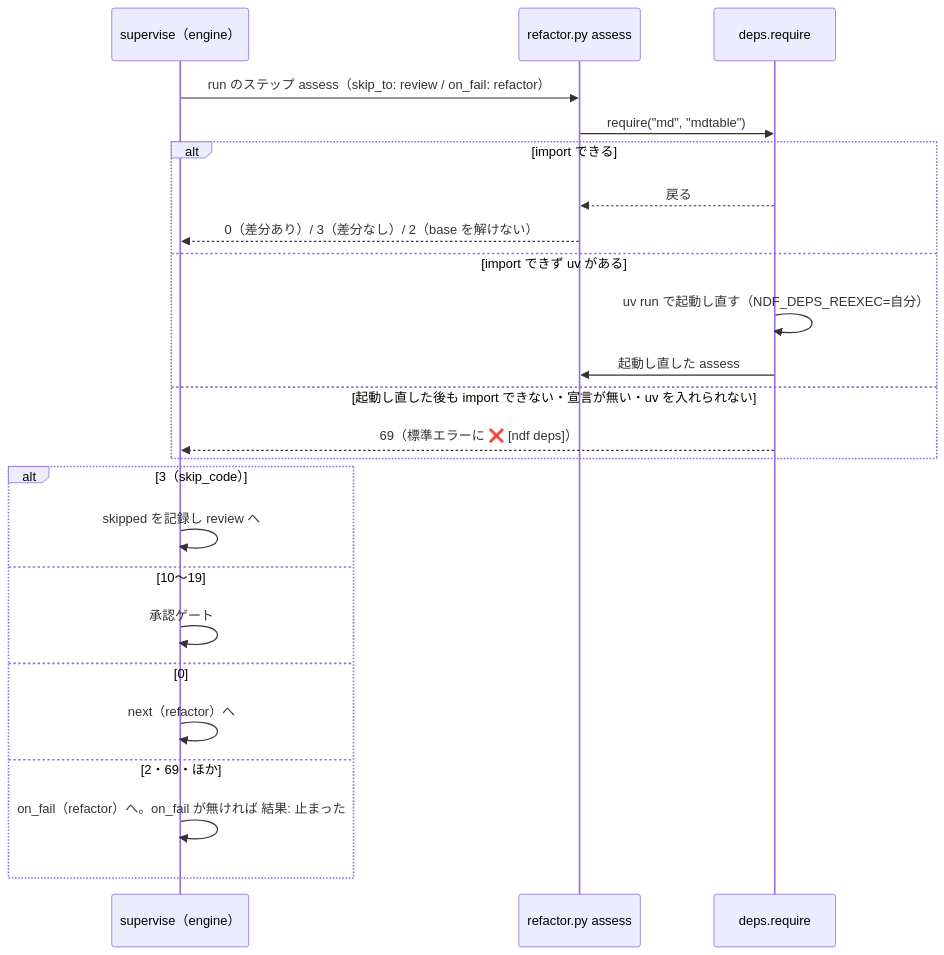
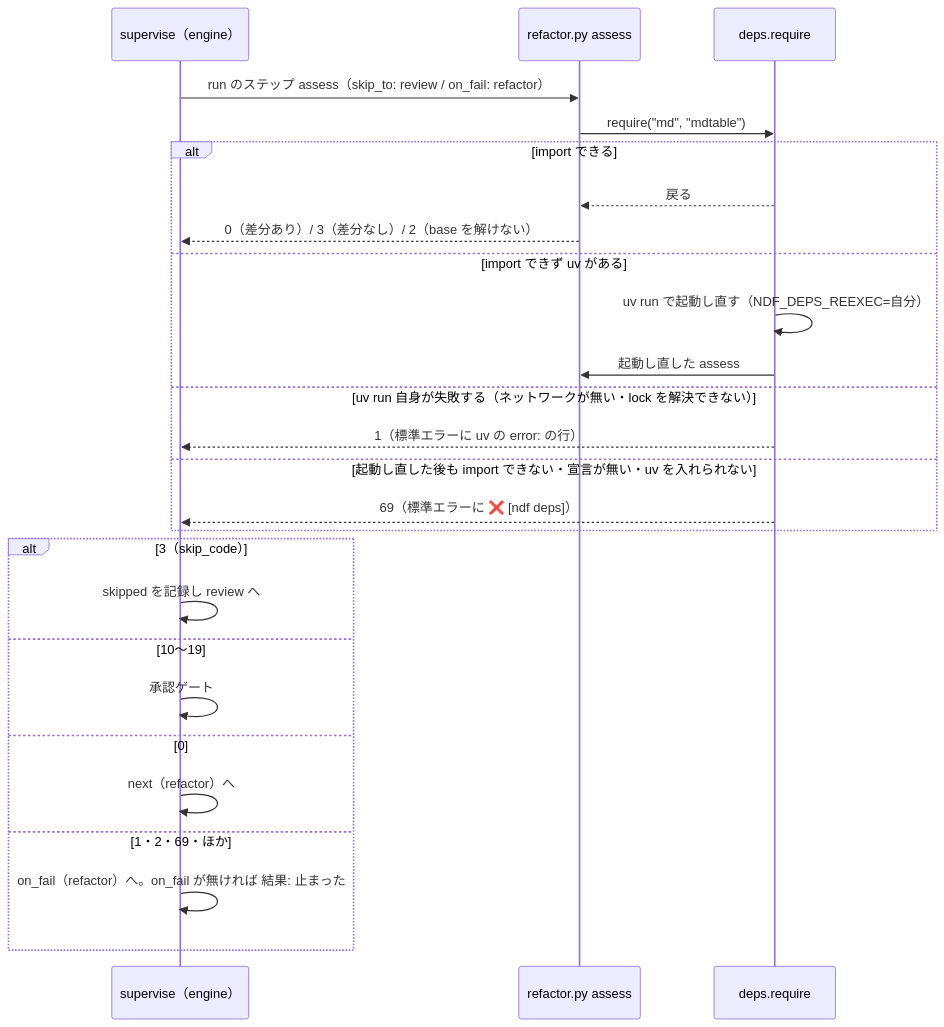
The second of 2 diagrams in issues/issue-1654-design.md (devbasex/ai-plugins), drawn with Mermaid before and after one commit. The commit also changed other lines of this file, not shown here.

First line of the commit message:
Docs: #1654 の設計に relay の runtime.py・uv run の失敗・drive.py の rc==3 を足す

````diff
--- a/issues/issue-1654-design.md
+++ b/issues/issue-1654-design.md
@@ -174,26 +176,28 @@
 ```mermaid
 sequenceDiagram
     participant S as supervise（engine）
     participant A as refactor.py assess
     participant D as deps.require
     S->>A: run のステップ assess（skip_to: review / on_fail: refactor）
     A->>D: require("md", "mdtable")
     alt import できる
         D-->>A: 戻る
         A-->>S: 0（差分あり）/ 3（差分なし）/ 2（base を解けない）
     else import できず uv がある
         D->>D: uv run で起動し直す（NDF_DEPS_REEXEC=自分）
         D->>A: 起動し直した assess
+    else uv run 自身が失敗する（ネットワークが無い・lock を解決できない）
+        D-->>S: 1（標準エラーに uv の error: の行）
     else 起動し直した後も import できない・宣言が無い・uv を入れられない
         D-->>S: 69（標準エラーに ❌ [ndf deps]）
     end
     alt 3（skip_code）
         S->>S: skipped を記録し review へ
     else 10〜19
         S->>S: 承認ゲート
     else 0
         S->>S: next（refactor）へ
-    else 2・69・ほか
+    else 1・2・69・ほか
         S->>S: on_fail（refactor）へ。on_fail が無ければ 結果: 止まった
     end
 ```
````
